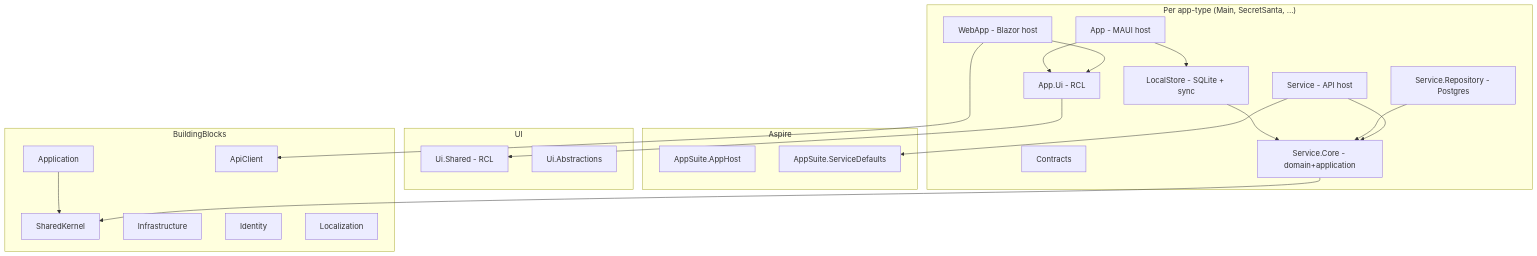
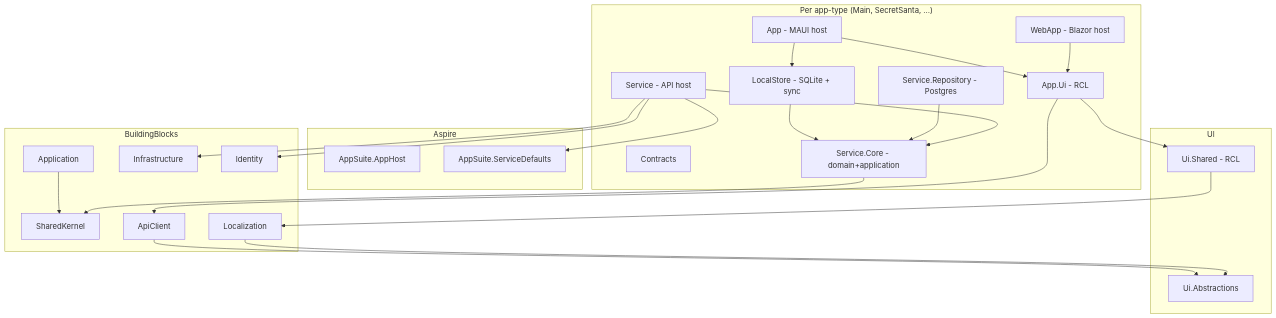
Before and after one commit to CircleTools-ch/circletools-suite: the diagram in docs/arc42/05-building-block-view.md, drawn with Mermaid. The commit also changed other lines of this file and 114 other files, not shown here.

First line of the commit message:
Main app: new account UI, shared client arch, CSP, theming

````diff
--- a/docs/arc42/05-building-block-view.md
+++ b/docs/arc42/05-building-block-view.md
@@ -18,40 +22,44 @@
 ```mermaid
 flowchart TD
     subgraph Aspire
         AppHost[AppSuite.AppHost]
         Defaults[AppSuite.ServiceDefaults]
     end
     subgraph BuildingBlocks
         SK[SharedKernel]
         App[Application]
         Infra[Infrastructure]
         Id[Identity]
         Loc[Localization]
         ApiC[ApiClient]
     end
     subgraph UI
         UiShared[Ui.Shared - RCL]
         UiAbs[Ui.Abstractions]
     end
     subgraph AppType["Per app-type (Main, SecretSanta, ...)"]
         Contracts
         Core[Service.Core - domain+application]
         Repo[Service.Repository - Postgres]
         Svc[Service - API host]
         AppUi[App.Ui - RCL]
         WebApp[WebApp - Blazor host]
         Native[App - MAUI host]
         Local[LocalStore - SQLite + sync]
     end
 
     Svc --> Core
     Repo --> Core
     Local --> Core
     Core --> SK
     App --> SK
     WebApp --> AppUi --> UiShared
     Native --> AppUi
     Native --> Local
-    WebApp --> ApiC
+    AppUi --> ApiC
+    UiShared --> Loc --> UiAbs
+    ApiC --> UiAbs
     Svc --> Defaults
+    Svc --> Id
+    Svc --> Infra
 ```
````
